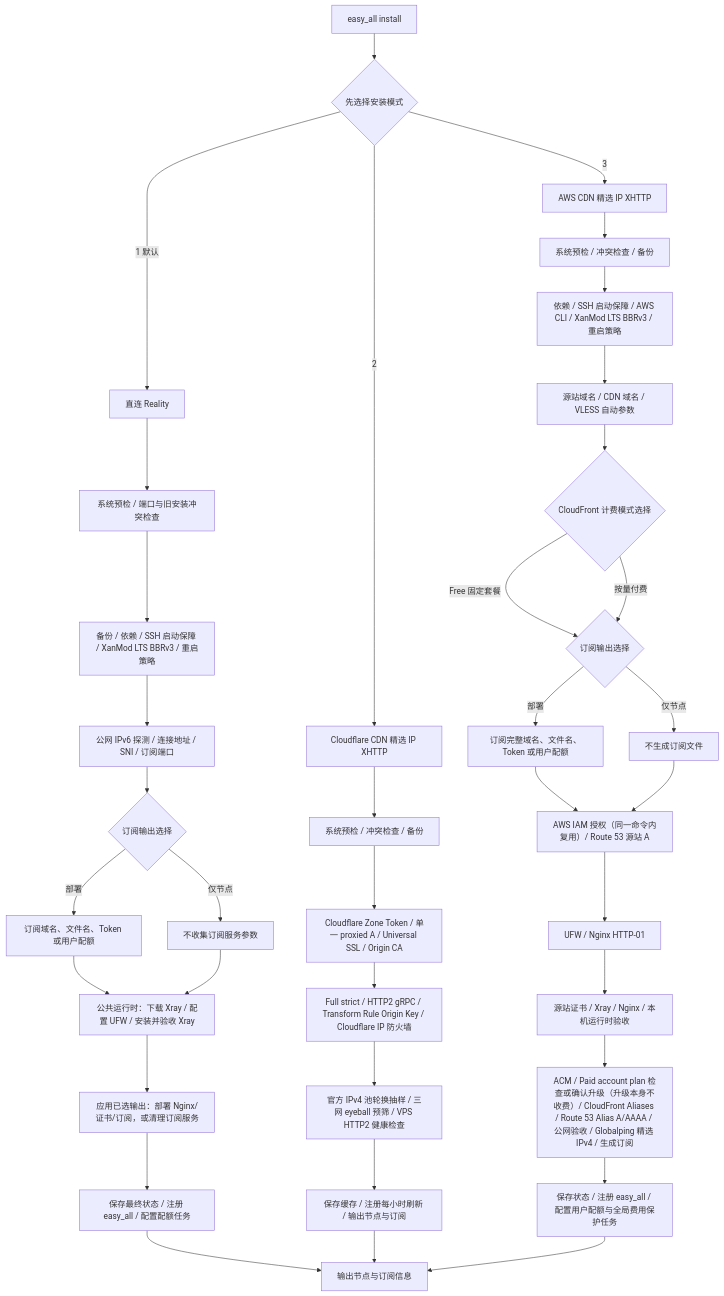
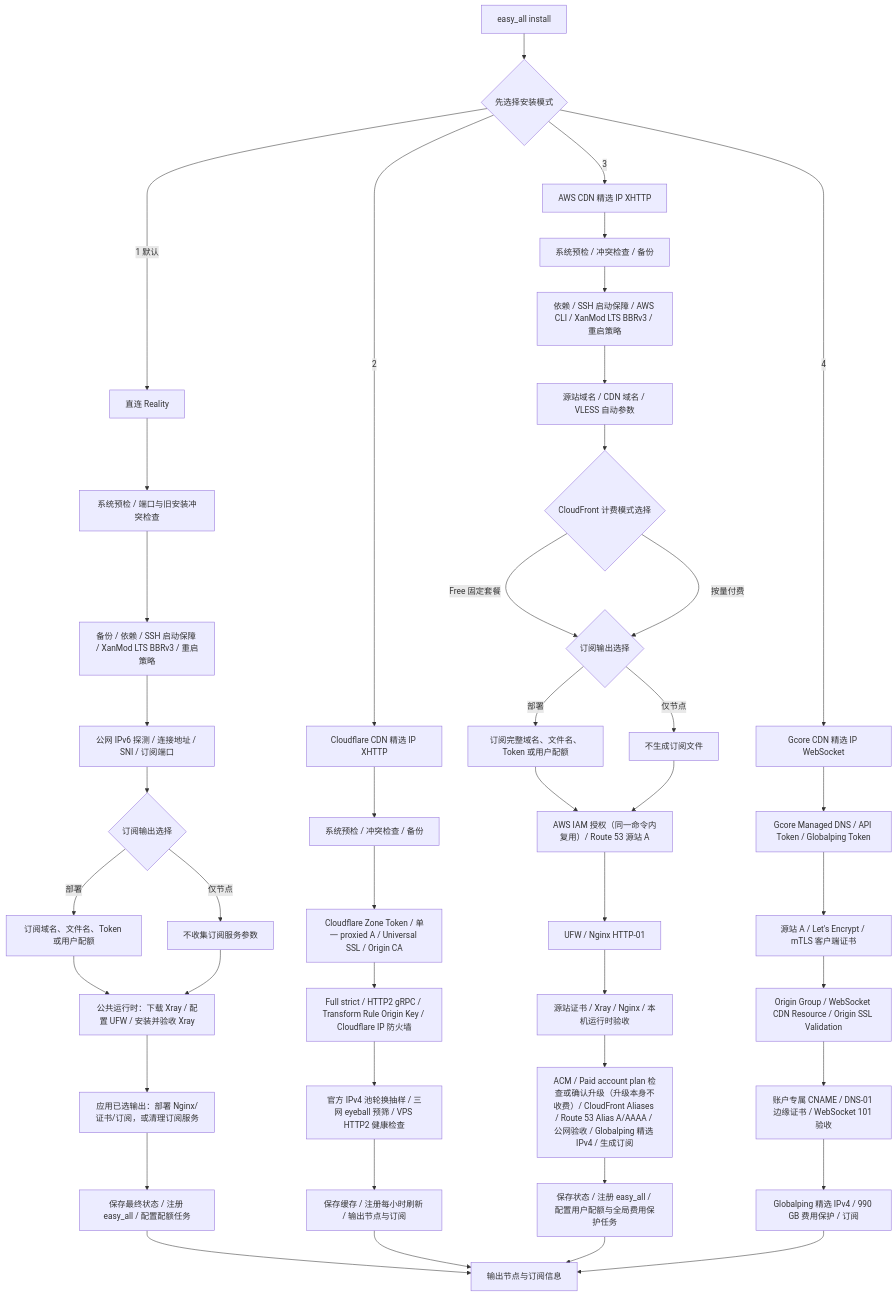
The diagram in README.md (v2yiz/easy_all), drawn with Mermaid before and after one commit. The commit also changed other lines of this file and 18 other files, not shown here.

````diff
--- a/README.md
+++ b/README.md
@@ -82,42 +85,50 @@
 ```mermaid
 flowchart TD
     A[easy_all install] --> B{先选择安装模式}
 
     B -->|1 默认| R0[直连 Reality]
     R0 --> R1[系统预检 / 端口与旧安装冲突检查]
     R1 --> R2[备份 / 依赖 / SSH 启动保障 / XanMod LTS BBRv3 / 重启策略]
     R2 --> R3[公网 IPv6 探测 / 连接地址 / SNI / 订阅端口]
     R3 --> R4{订阅输出选择}
     R4 -->|部署| R5[订阅域名、文件名、Token 或用户配额]
     R4 -->|仅节点| R6[不收集订阅服务参数]
     R5 --> R7[公共运行时：下载 Xray / 配置 UFW / 安装并验收 Xray]
     R6 --> R7
     R7 --> R8[应用已选输出：部署 Nginx/证书/订阅，或清理订阅服务]
     R8 --> R9[保存最终状态 / 注册 easy_all / 配置配额任务]
     R9 --> Z[输出节点与订阅信息]
 
     B -->|2| C0[Cloudflare CDN 精选 IP XHTTP]
     C0 --> C1[系统预检 / 冲突检查 / 备份]
     C1 --> C2[Cloudflare Zone Token / 单一 proxied A / Universal SSL / Origin CA]
     C2 --> C3[Full strict / HTTP2 gRPC / Transform Rule Origin Key / Cloudflare IP 防火墙]
     C3 --> C4[官方 IPv4 池轮换抽样 / 三网 eyeball 预筛 / VPS HTTP2 健康检查]
     C4 --> C5[保存缓存 / 注册每小时刷新 / 输出节点与订阅]
     C5 --> Z
 
     B -->|3| X0[AWS CDN 精选 IP XHTTP]
     X0 --> X1[系统预检 / 冲突检查 / 备份]
     X1 --> X2[依赖 / SSH 启动保障 / AWS CLI / XanMod LTS BBRv3 / 重启策略]
     X2 --> X3[源站域名 / CDN 域名 / VLESS 自动参数]
     X3 --> X3A{CloudFront 计费模式选择}
     X3A -->|Free 固定套餐| X4{订阅输出选择}
     X3A -->|按量付费| X4
     X4 -->|部署| X5[订阅完整域名、文件名、Token 或用户配额]
     X4 -->|仅节点| X6[不生成订阅文件]
     X5 --> X7[AWS IAM 授权（同一命令内复用）/ Route 53 源站 A]
     X6 --> X7
     X7 --> X8[UFW / Nginx HTTP-01]
     X8 --> X9[源站证书 / Xray / Nginx / 本机运行时验收]
     X9 --> X10[ACM / Paid account plan 检查或确认升级（升级本身不收费）/ CloudFront Aliases / Route 53 Alias A/AAAA / 公网验收 / Globalping 精选 IPv4 / 生成订阅]
     X10 --> X11[保存状态 / 注册 easy_all / 配置用户配额与全局费用保护任务]
     X11 --> Z
+
+    B -->|4| G0[Gcore CDN 精选 IP WebSocket]
+    G0 --> G1[Gcore Managed DNS / API Token / Globalping Token]
+    G1 --> G2[源站 A / Let's Encrypt / mTLS 客户端证书]
+    G2 --> G3[Origin Group / WebSocket CDN Resource / Origin SSL Validation]
+    G3 --> G4[账户专属 CNAME / DNS-01 边缘证书 / WebSocket 101 验收]
+    G4 --> G5[Globalping 精选 IPv4 / 990 GB 费用保护 / 订阅]
+    G5 --> Z
 ```
````
